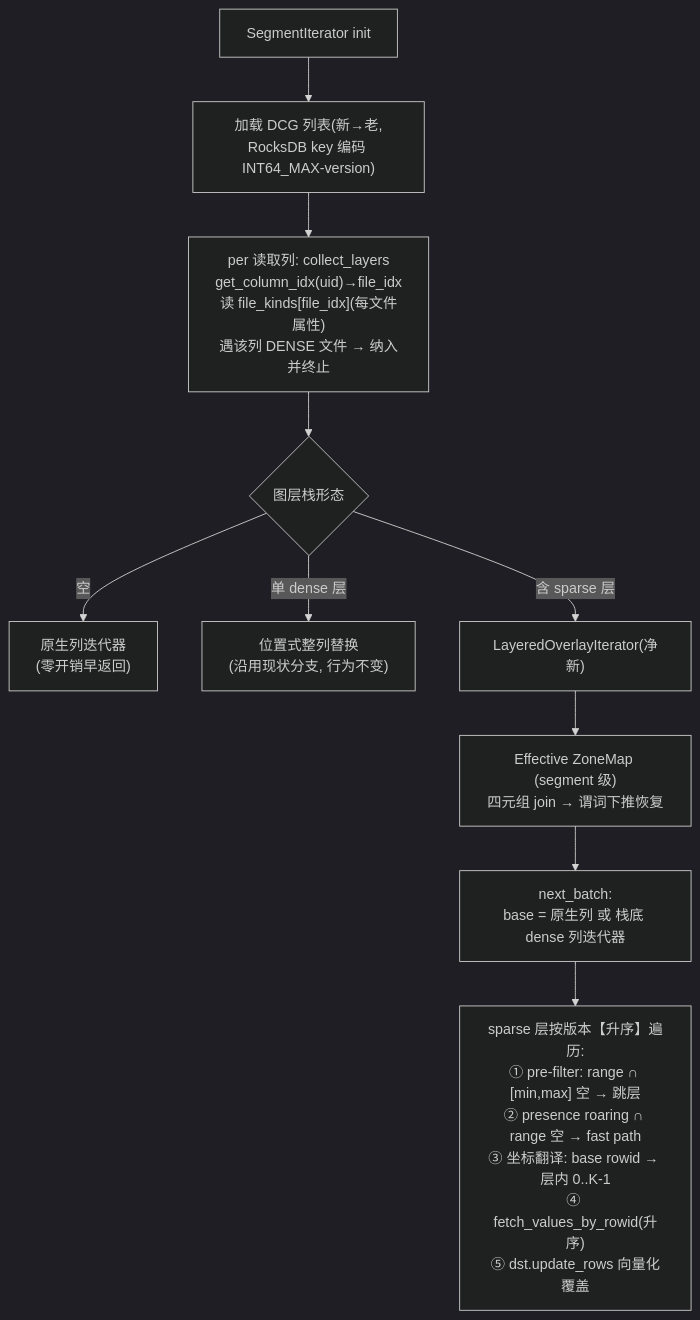
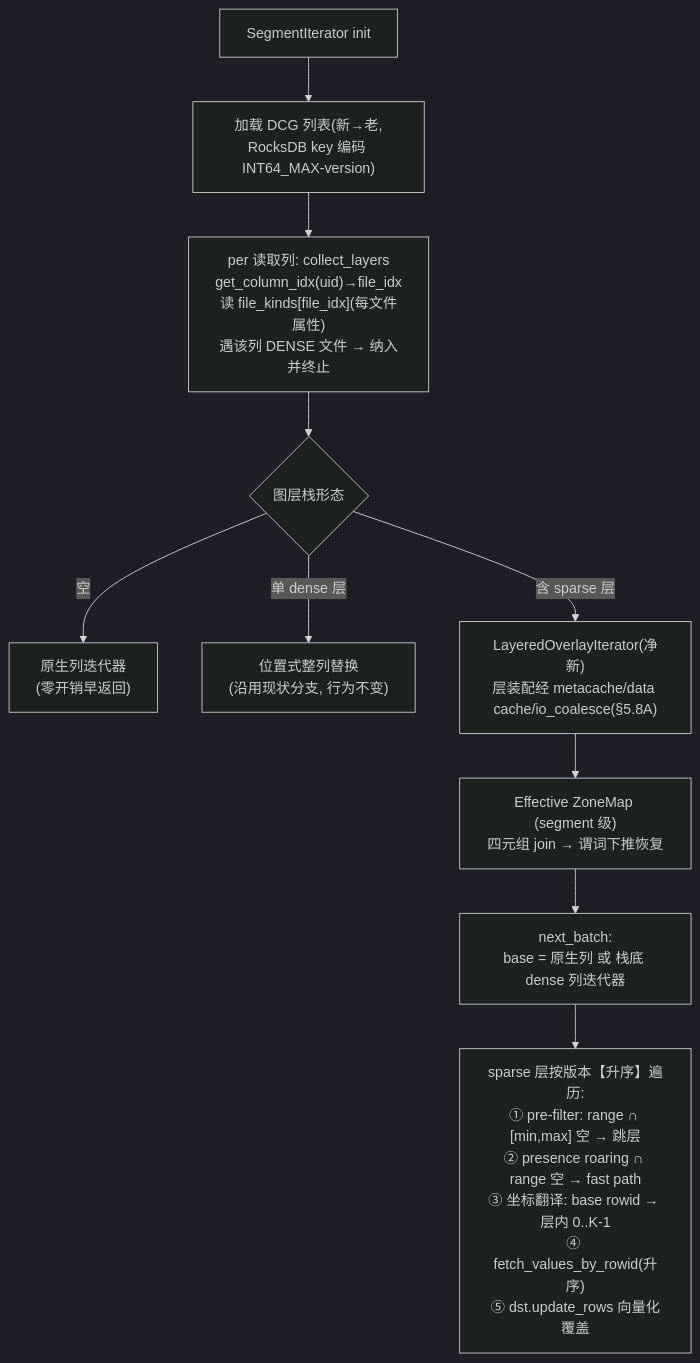
Before and after one commit to meegoo/starrocks: the third of 4 diagrams in handbook/plans/active/2026-06-01-partial-update-sdcg-design.md, drawn with Mermaid (dark theme). The commit also changed other lines of this file, not shown here.

````diff
--- a/handbook/plans/active/2026-06-01-partial-update-sdcg-design.md
+++ b/handbook/plans/active/2026-06-01-partial-update-sdcg-design.md
@@ -456,12 +479,12 @@
 ```mermaid
 flowchart TD
     A["SegmentIterator init"] --> B["加载 DCG 列表(新→老,<br/>RocksDB key 编码 INT64_MAX-version)"]
     B --> C["per 读取列: collect_layers<br/>get_column_idx(uid)→file_idx<br/>读 file_kinds[file_idx](每文件属性)<br/>遇该列 DENSE 文件 → 纳入并终止"]
     C --> D{"图层栈形态"}
     D -- "空" --> E["原生列迭代器<br/>(零开销早返回)"]
     D -- "单 dense 层" --> F["位置式整列替换<br/>(沿用现状分支, 行为不变)"]
-    D -- "含 sparse 层" --> G["LayeredOverlayIterator(净新)"]
+    D -- "含 sparse 层" --> G["LayeredOverlayIterator(净新)<br/>层装配经 metacache/data cache/io_coalesce(§5.8A)"]
     G --> H["Effective ZoneMap (segment 级)<br/>四元组 join → 谓词下推恢复"]
     H --> I["next_batch:<br/>base = 原生列 或 栈底 dense 列迭代器"]
     I --> J["sparse 层按版本【升序】遍历:<br/>① pre-filter: range ∩ [min,max] 空 → 跳层<br/>② presence roaring ∩ range 空 → fast path<br/>③ 坐标翻译: base rowid → 层内 0..K-1<br/>④ fetch_values_by_rowid(升序)<br/>⑤ dst.update_rows 向量化覆盖"]
 ```
````
